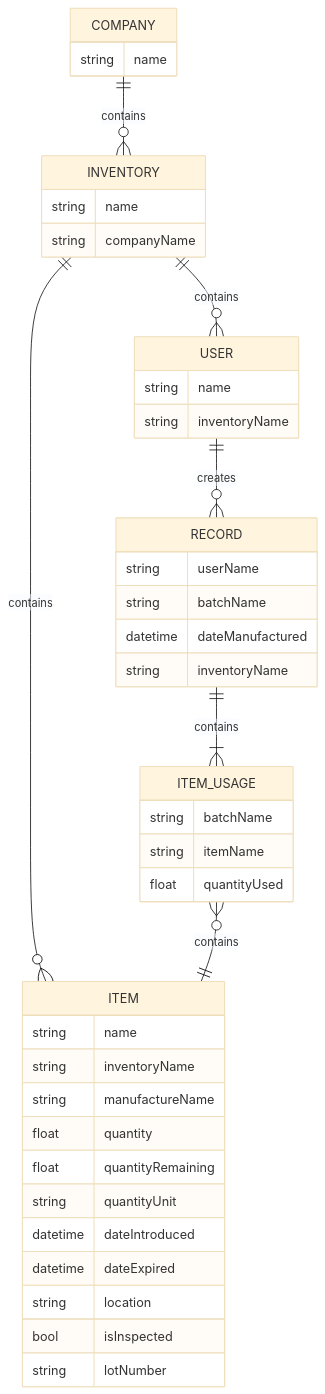
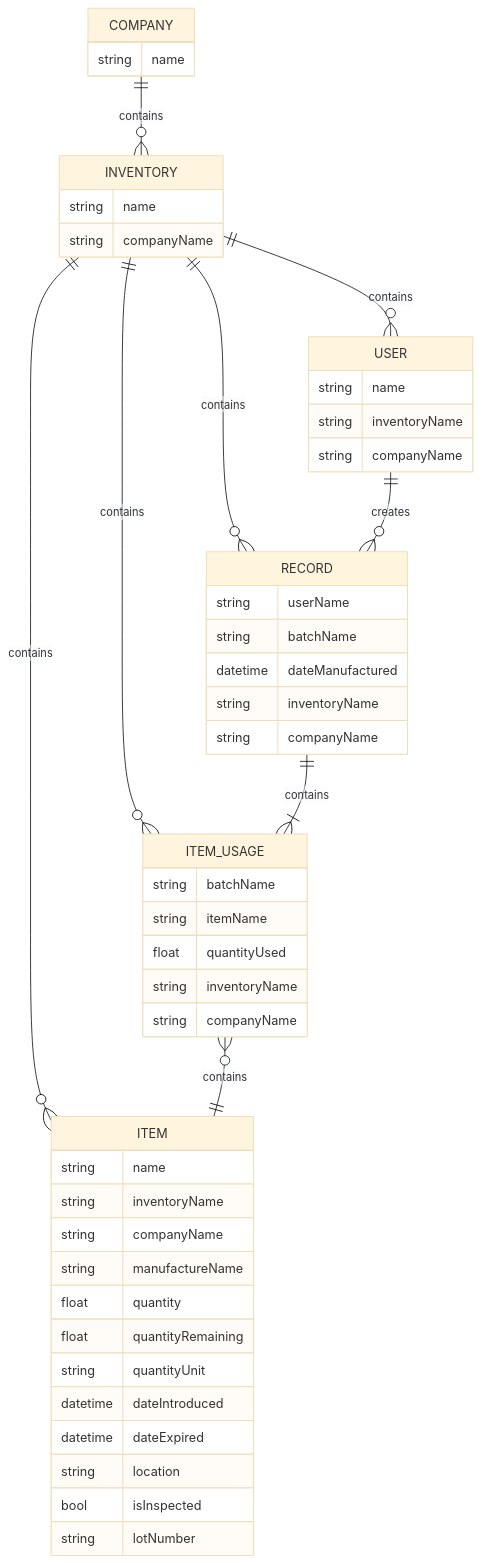
Before and after one commit to AndrewKorchemniy/Inventory-Management-System: the diagram in docs/database-schema.md, drawn with Mermaid (base theme).

Commit message:
update database schema

````diff
--- a/docs/database-schema.md
+++ b/docs/database-schema.md
@@ -3,44 +3,51 @@
 ```mermaid
 erDiagram
     COMPANY ||--o{ INVENTORY : contains
     COMPANY {
         string name
     }
     INVENTORY ||--o{ ITEM : contains
     INVENTORY ||--o{ USER : contains
+    INVENTORY ||--o{ RECORD : contains
+    INVENTORY ||--o{ ITEM_USAGE : contains
     INVENTORY {
         string name
         string companyName
     }
     USER ||--o{ RECORD : creates
     USER {
         string name
         string inventoryName
+        string companyName
     }
     RECORD ||--|{ ITEM_USAGE : contains
     RECORD {
         string userName
         string batchName
         datetime dateManufactured
         string inventoryName
+        string companyName
     }
     ITEM_USAGE }o--|| ITEM : contains
     ITEM_USAGE {
         string batchName
         string itemName
         float quantityUsed
+        string inventoryName
+        string companyName
     }
     ITEM {
         string name
         string inventoryName
+        string companyName
         string manufactureName
         float quantity
         float quantityRemaining
         string quantityUnit
         datetime dateIntroduced
         datetime dateExpired
         string location
         bool isInspected
         string lotNumber
     }
 ```
````
